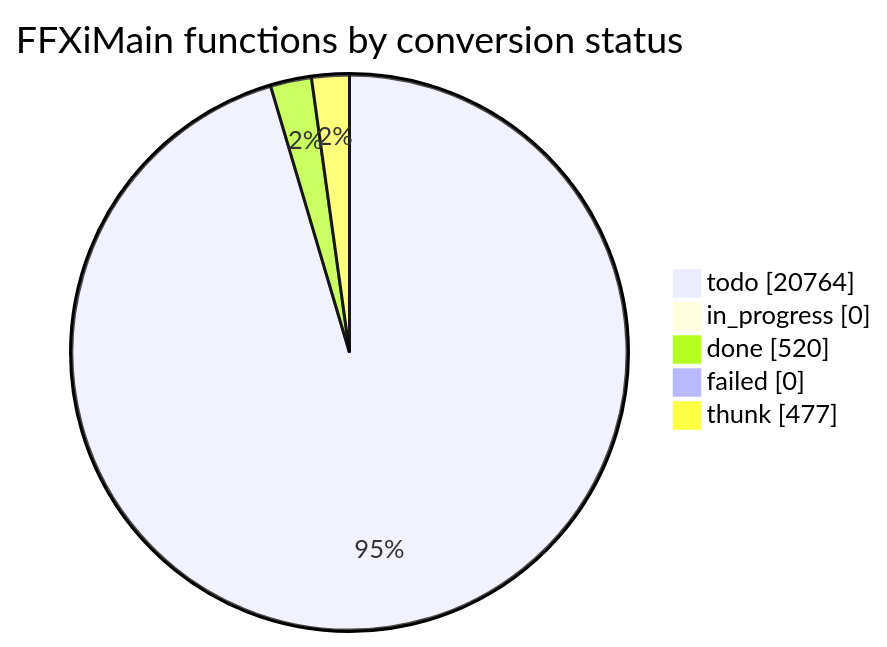
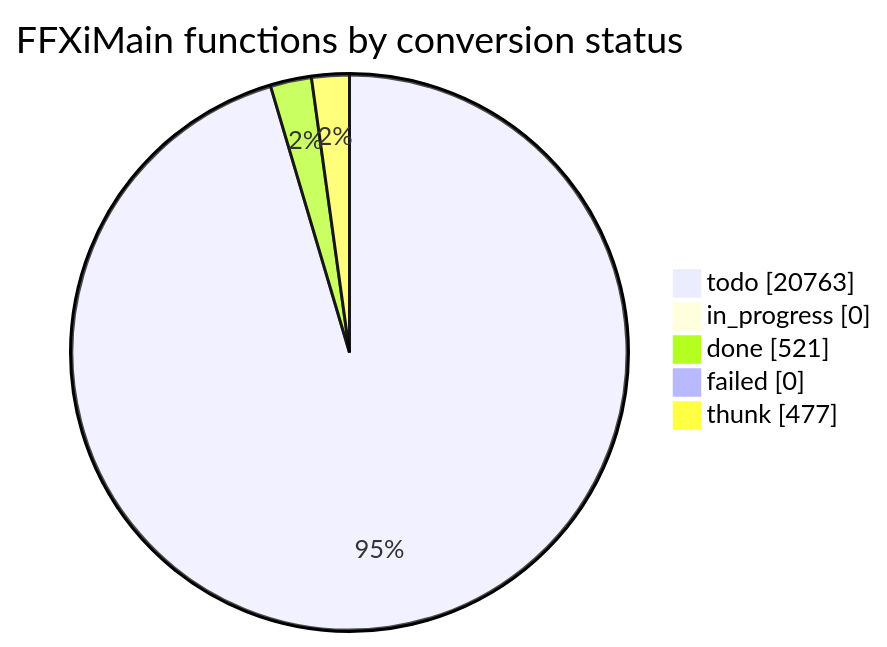
One commit to cowrevenge/cow_kuluu_xi_anything changed the diagram in docs/cow/STATUS.md. Above: the diagram before and after it, drawn with Mermaid. The commit also changed other lines of this file and 9 other files, not shown here.

````diff
--- a/docs/cow/STATUS.md
+++ b/docs/cow/STATUS.md
@@ -18,9 +18,9 @@
 ```mermaid
 pie showData
     title FFXiMain functions by conversion status
-    "todo" : 20764
+    "todo" : 20763
     "in_progress" : 0
-    "done" : 520
+    "done" : 521
     "failed" : 0
     "thunk" : 477
 ```
````
